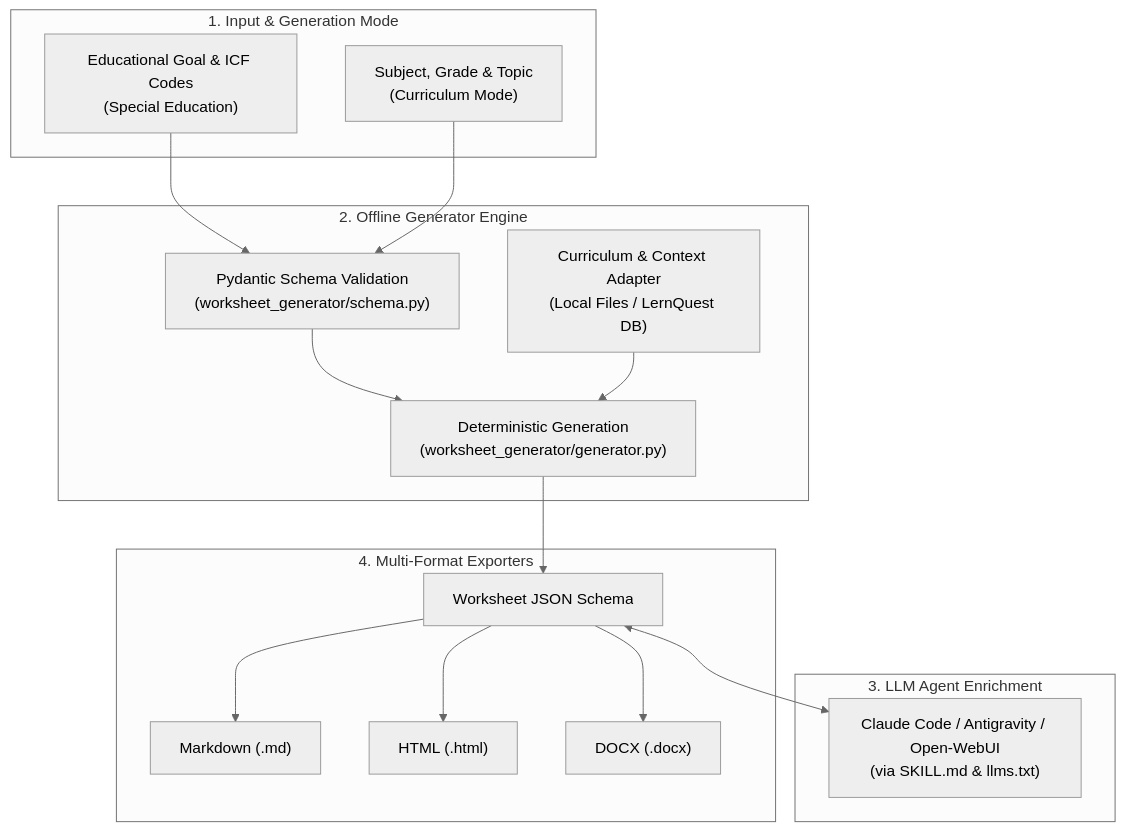
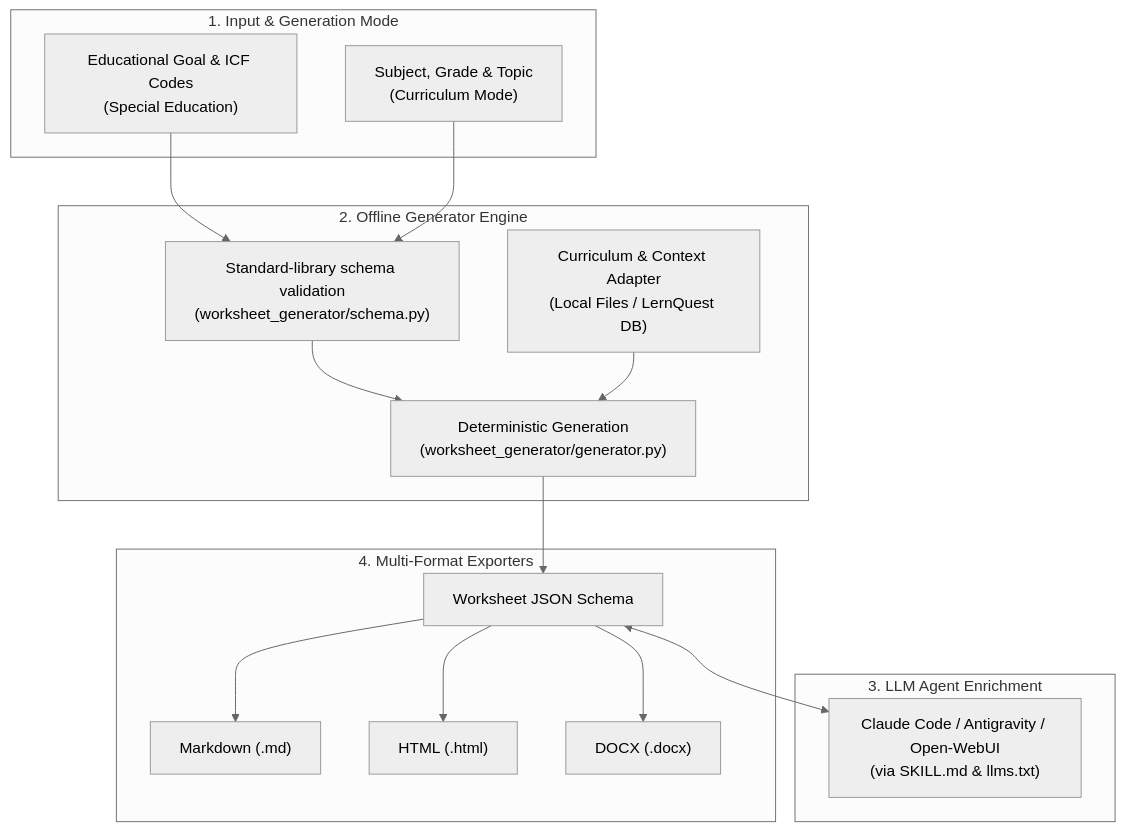
Before and after one commit to ellmos-ai/worksheet-generator: the diagram in README.md, drawn with Mermaid (neutral theme). The commit also changed 4 other files, not shown here.

````diff
--- a/README.md
+++ b/README.md
@@ -79,34 +79,34 @@
 ```mermaid
 flowchart TD
     subgraph Inputs["1. Input & Generation Mode"]
         A1["Educational Goal & ICF Codes<br/>(Special Education)"]
         A2["Subject, Grade & Topic<br/>(Curriculum Mode)"]
     end
 
     subgraph CoreEngine["2. Offline Generator Engine"]
-        B1["Pydantic Schema Validation<br/>(worksheet_generator/schema.py)"]
+        B1["Standard-library schema validation<br/>(worksheet_generator/schema.py)"]
         B2["Deterministic Generation<br/>(worksheet_generator/generator.py)"]
         B3["Curriculum & Context Adapter<br/>(Local Files / LernQuest DB)"]
     end
 
     subgraph AgentLayer["3. LLM Agent Enrichment"]
         E1["Claude Code / Antigravity / Open-WebUI<br/>(via SKILL.md & llms.txt)"]
     end
 
     subgraph OutputFormat["4. Multi-Format Exporters"]
         C1["Worksheet JSON Schema"]
         D1["Markdown (.md)"]
         D2["HTML (.html)"]
         D3["DOCX (.docx)"]
     end
 
     A1 --> B1
     A2 --> B1
     B1 --> B2
     B3 --> B2
     B2 --> C1
     C1 <--> E1
     C1 --> D1
     C1 --> D2
     C1 --> D3
 ```
````
